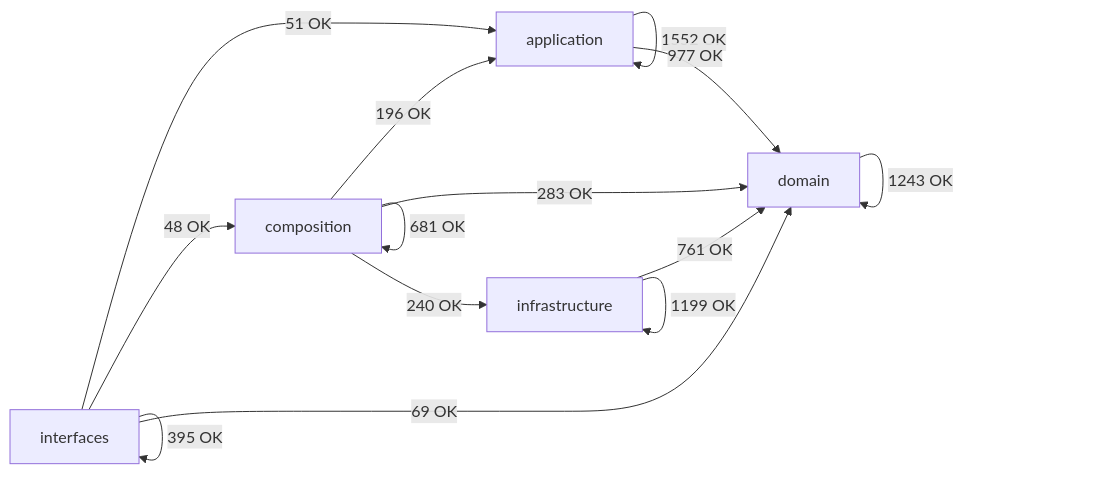
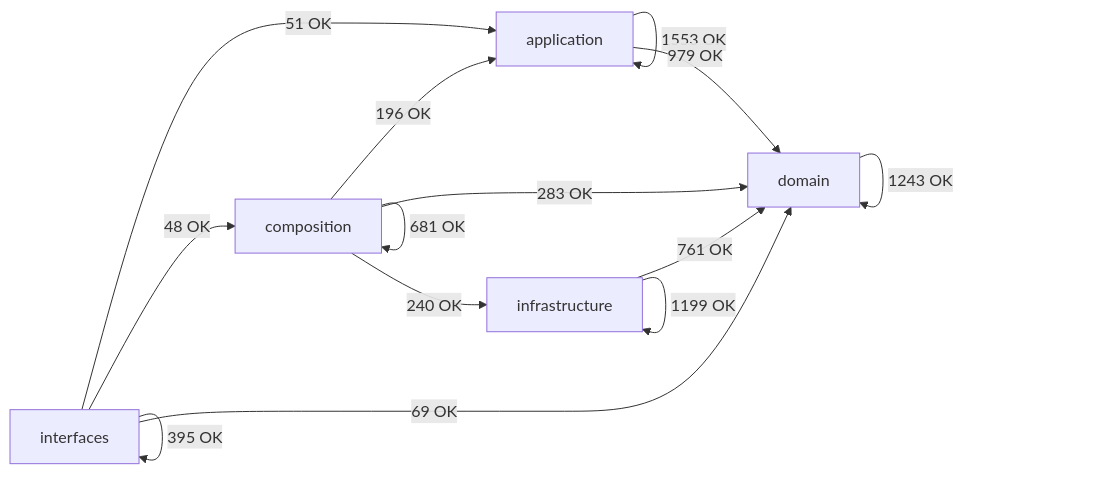
Before and after one commit to SatoryKono/BioactivityDataAcquisition: the diagram in docs/02-architecture/generated/module-dependency-map.md, drawn with Mermaid. The commit also changed other lines of this file and 10 other files, not shown here.

````diff
--- a/docs/02-architecture/generated/module-dependency-map.md
+++ b/docs/02-architecture/generated/module-dependency-map.md
@@ -17,21 +17,21 @@
 ```mermaid
 flowchart LR
     domain[domain]
     application[application]
     infrastructure[infrastructure]
     composition[composition]
     interfaces[interfaces]
-    application -->|1552 OK| application
-    application -->|977 OK| domain
+    application -->|1553 OK| application
+    application -->|979 OK| domain
     composition -->|196 OK| application
     composition -->|681 OK| composition
     composition -->|283 OK| domain
     composition -->|240 OK| infrastructure
     domain -->|1243 OK| domain
     infrastructure -->|761 OK| domain
     infrastructure -->|1199 OK| infrastructure
     interfaces -->|51 OK| application
     interfaces -->|48 OK| composition
     interfaces -->|69 OK| domain
     interfaces -->|395 OK| interfaces
 ```
````
